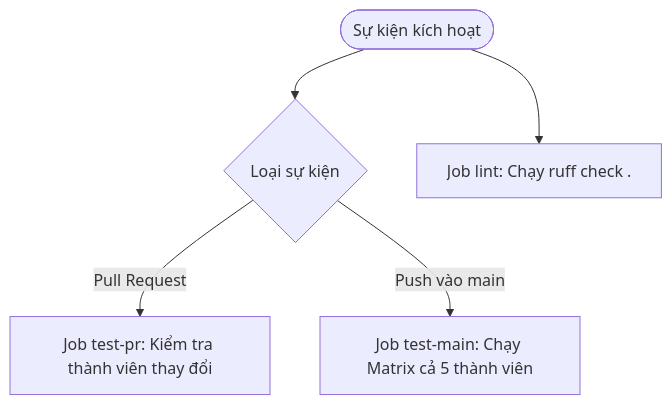
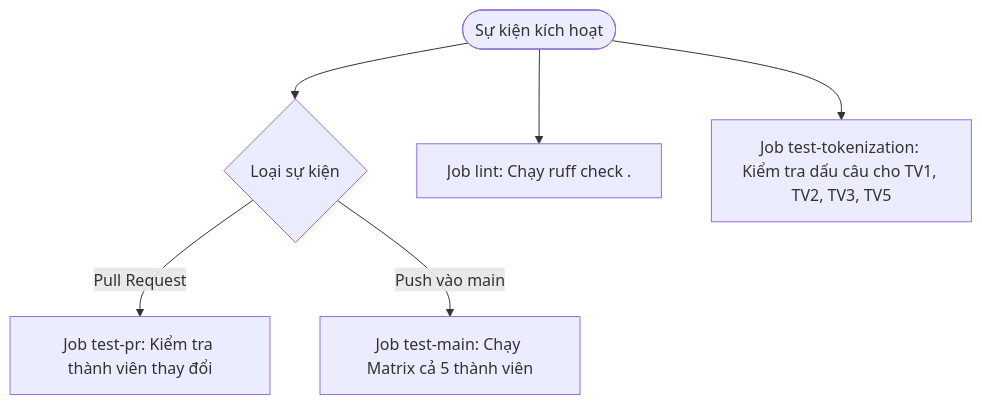
One commit to baoduong2342007/python-boostcamp changed the diagram in docs/ci-environment.md. Above: the diagram before and after it, drawn with Mermaid. The commit also changed other lines of this file and 11 other files, not shown here.

````diff
--- a/docs/ci-environment.md
+++ b/docs/ci-environment.md
@@ -95,7 +105,8 @@
 ```mermaid
 flowchart TD
     Trigger([Sự kiện kích hoạt]) --> Condition{Loại sự kiện}
     Condition -->|Pull Request| JobPR[Job test-pr: Kiểm tra thành viên thay đổi]
     Condition -->|Push vào main| JobMain[Job test-main: Chạy Matrix cả 5 thành viên]
     Trigger --> JobLint[Job lint: Chạy ruff check .]
+    Trigger --> JobTokenization[Job test-tokenization: Kiểm tra dấu câu cho TV1, TV2, TV3, TV5]
 ```
````
